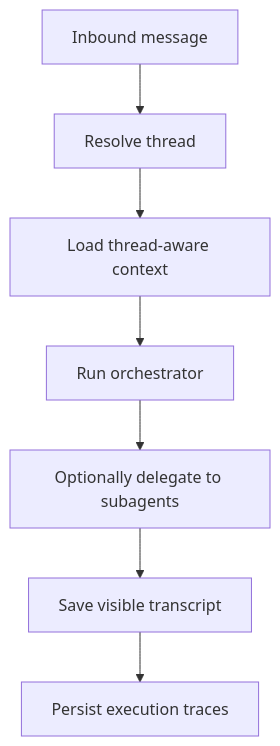
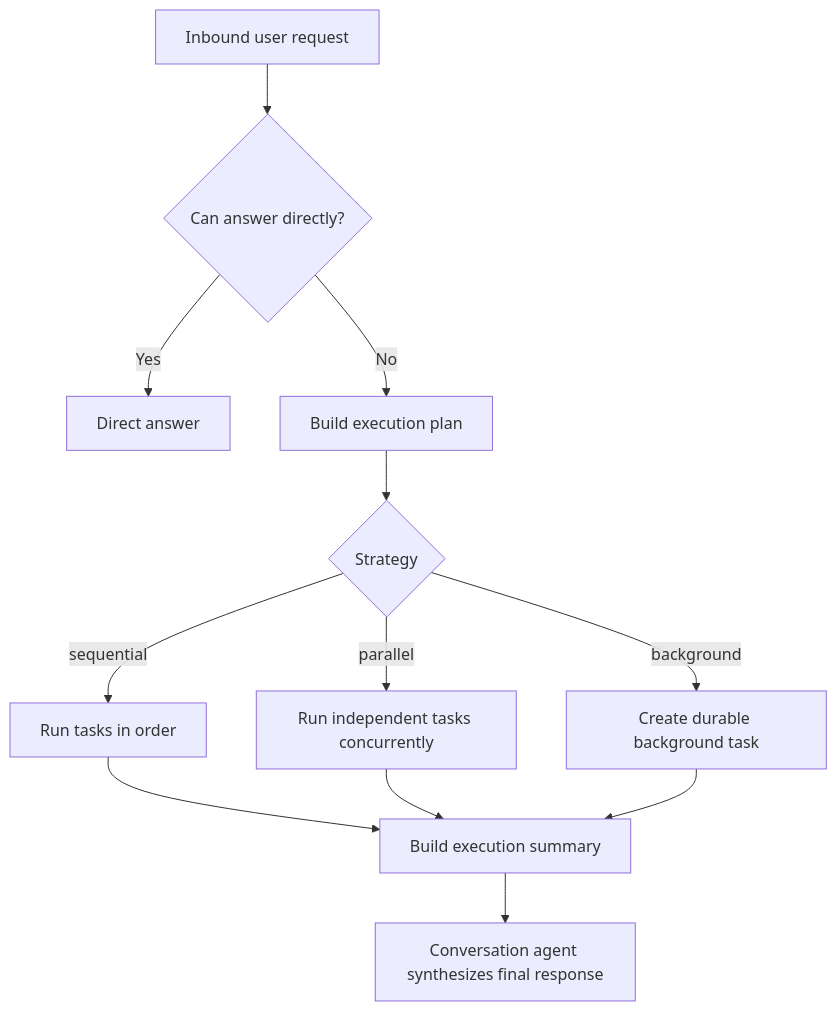
One commit to punitarani/amby changed the second of 2 diagrams in docs/AGENT.md. Above: the diagram before and after it, drawn with Mermaid. The commit also changed other lines of this file and 4 other files, not shown here.

````diff
--- a/docs/AGENT.md
+++ b/docs/AGENT.md
@@ -9,9 +205,16 @@
 ```mermaid
 flowchart TD
-    A[Inbound message] --> B[Resolve thread]
-    B --> C[Load thread-aware context]
-    C --> D[Run orchestrator]
-    D --> E[Optionally delegate to subagents]
-    E --> F[Save visible transcript]
-    F --> G[Persist execution traces]
+    Request[Inbound user request] --> Decide{Can answer directly?}
+    Decide -->|Yes| Direct[Direct answer]
+    Decide -->|No| Plan[Build execution plan]
+
+    Plan --> Strategy{Strategy}
+    Strategy -->|sequential| Seq[Run tasks in order]
+    Strategy -->|parallel| Par[Run independent tasks concurrently]
+    Strategy -->|background| Bg[Create durable background task]
+
+    Seq --> Reduce[Build execution summary]
+    Par --> Reduce
+    Bg --> Reduce
+    Reduce --> Final[Conversation agent synthesizes final response]
 ```
````
